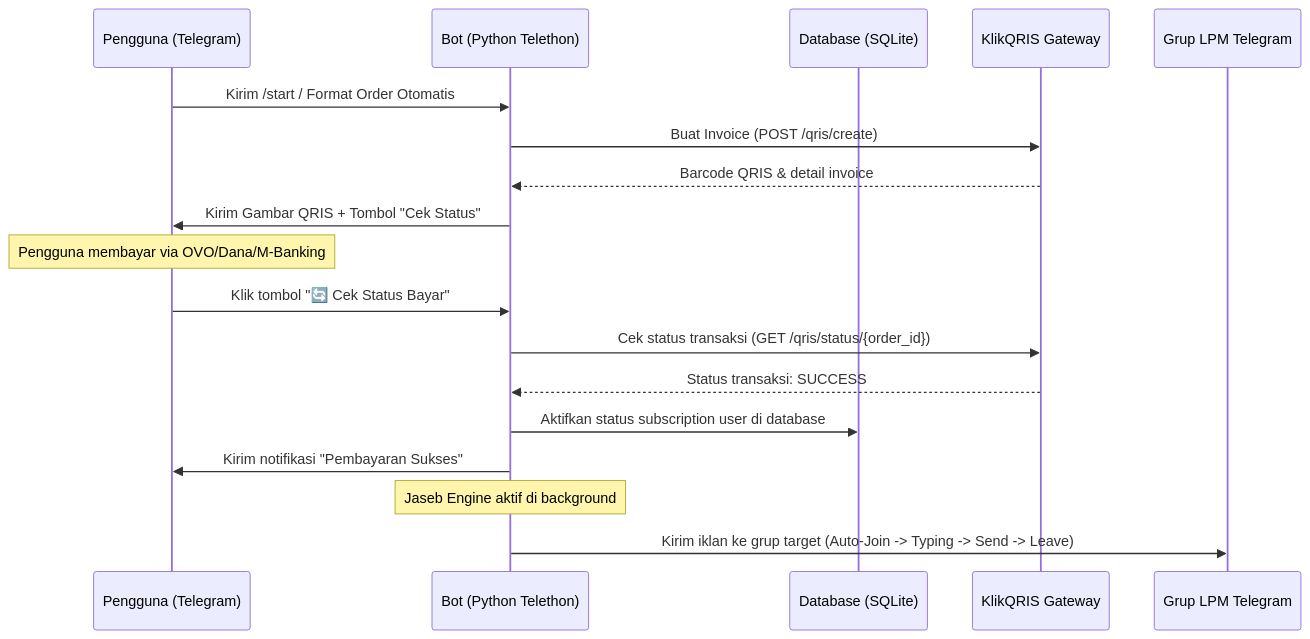
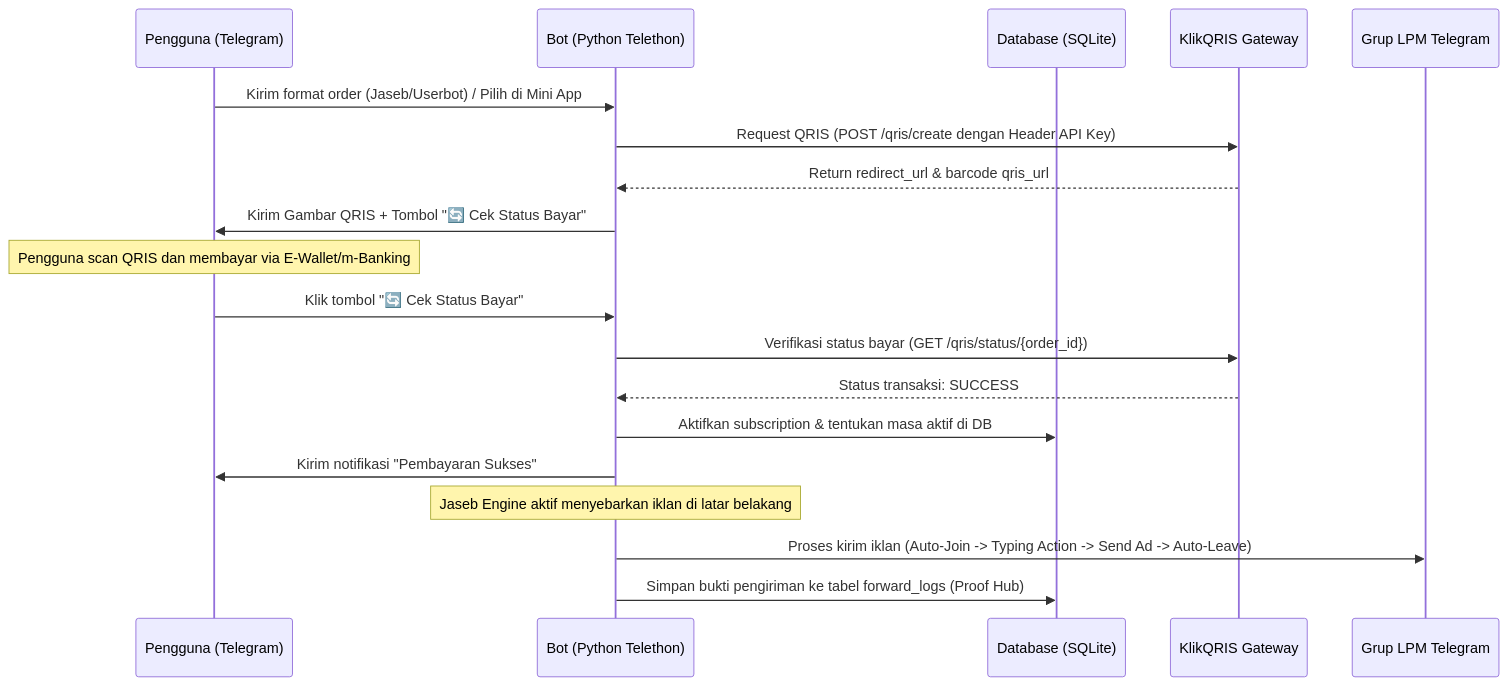
The diagram in README.md (Walrlate/botjasebgeunid), drawn with Mermaid before and after one commit. The commit also changed other lines of this file, not shown here.

Commit message:
docs: perbarui README.md dengan panduan lengkap dan fitur komprehensif

````diff
--- a/README.md
+++ b/README.md
@@ -40,21 +64,22 @@
 ```mermaid
 sequenceDiagram
     participant U as Pengguna (Telegram)
     participant B as Bot (Python Telethon)
     participant DB as Database (SQLite)
     participant API as KlikQRIS Gateway
     participant G as Grup LPM Telegram
 
-    U->>B: Kirim /start / Format Order Otomatis
-    B->>API: Buat Invoice (POST /qris/create)
-    API-->>B: Barcode QRIS & detail invoice
-    B->>U: Kirim Gambar QRIS + Tombol "Cek Status"
-    Note over U: Pengguna membayar via OVO/Dana/M-Banking
+    U->>B: Kirim format order (Jaseb/Userbot) / Pilih di Mini App
+    B->>API: Request QRIS (POST /qris/create dengan Header API Key)
+    API-->>B: Return redirect_url & barcode qris_url
+    B->>U: Kirim Gambar QRIS + Tombol "🔄 Cek Status Bayar"
+    Note over U: Pengguna scan QRIS dan membayar via E-Wallet/m-Banking
     U->>B: Klik tombol "🔄 Cek Status Bayar"
-    B->>API: Cek status transaksi (GET /qris/status/{order_id})
+    B->>API: Verifikasi status bayar (GET /qris/status/{order_id})
     API-->>B: Status transaksi: SUCCESS
-    B->>DB: Aktifkan status subscription user di database
+    B->>DB: Aktifkan subscription & tentukan masa aktif di DB
     B->>U: Kirim notifikasi "Pembayaran Sukses"
-    Note over B: Jaseb Engine aktif di background
-    B->>G: Kirim iklan ke grup target (Auto-Join -> Typing -> Send -> Leave)
+    Note over B: Jaseb Engine aktif menyebarkan iklan di latar belakang
+    B->>G: Proses kirim iklan (Auto-Join -> Typing Action -> Send Ad -> Auto-Leave)
+    B->>DB: Simpan bukti pengiriman ke tabel forward_logs (Proof Hub)
 ```
````
